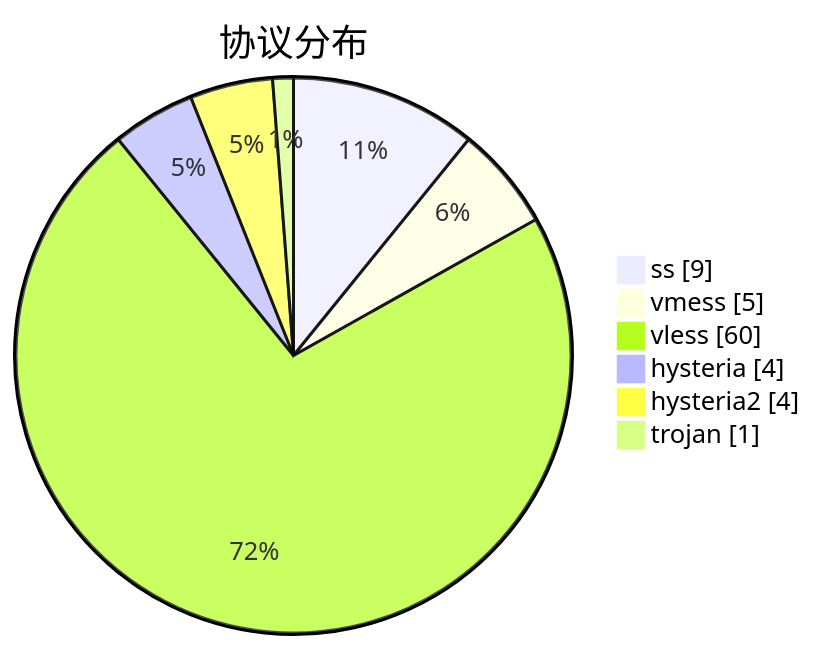
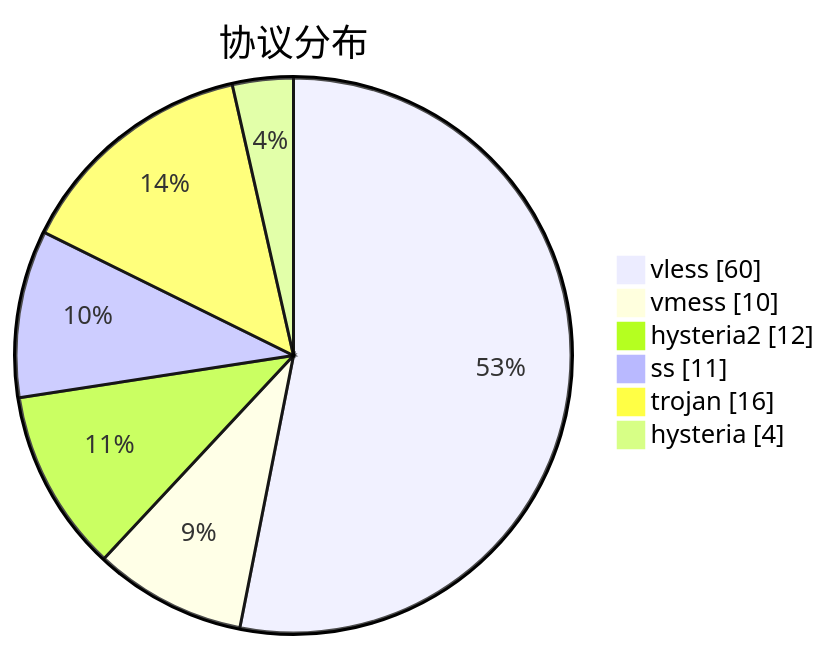
One commit to sinspired/airport changed the third of 3 diagrams in subs/statistics/tested_within.md. Above: the diagram before and after it, drawn with Mermaid. The commit also changed other lines of this file and 2 other files, not shown here.

````diff
--- a/subs/statistics/tested_within.md
+++ b/subs/statistics/tested_within.md
@@ -26,10 +30,10 @@
 ```mermaid
 pie showData
 title 协议分布
-"ss" : 9
-"vmess" : 5
 "vless" : 60
+"vmess" : 10
+"hysteria2" : 12
+"ss" : 11
+"trojan" : 16
 "hysteria" : 4
-"hysteria2" : 4
-"trojan" : 1
 ```
````
